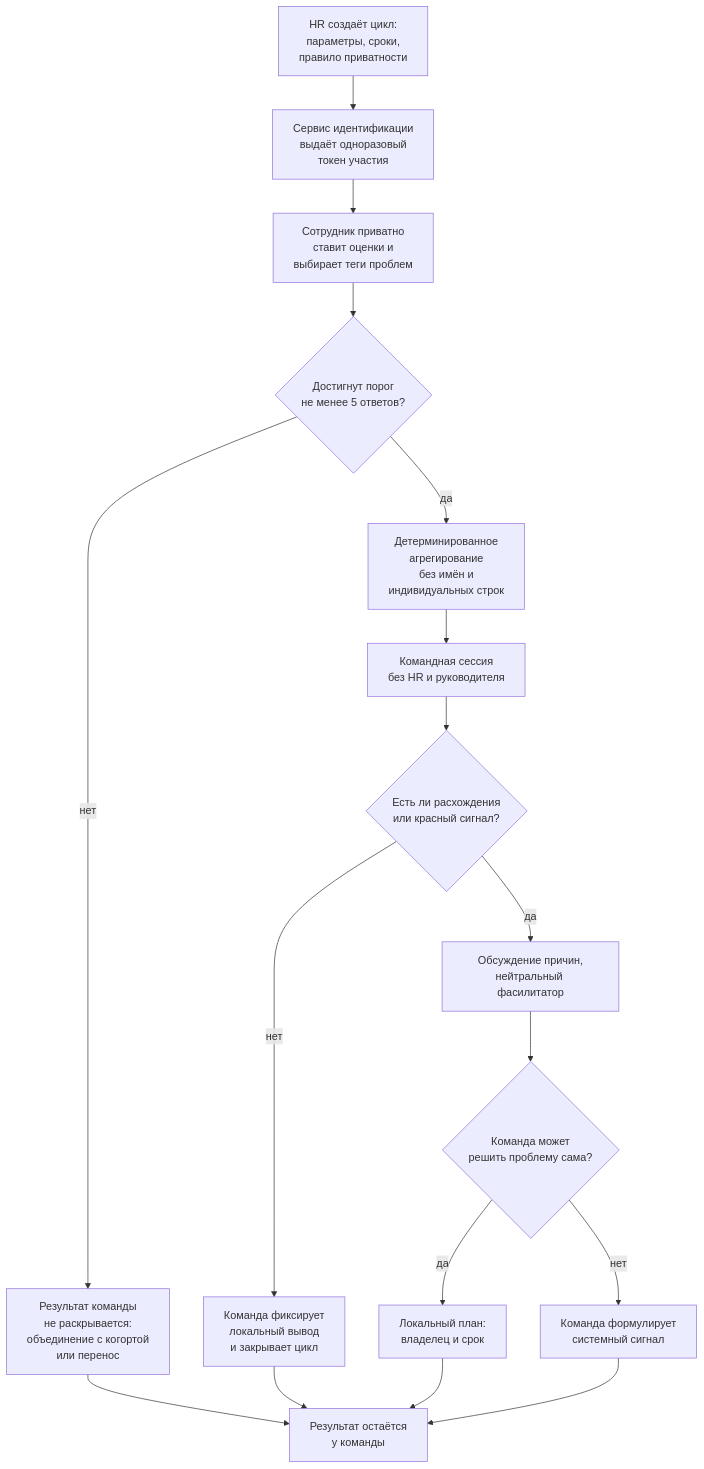
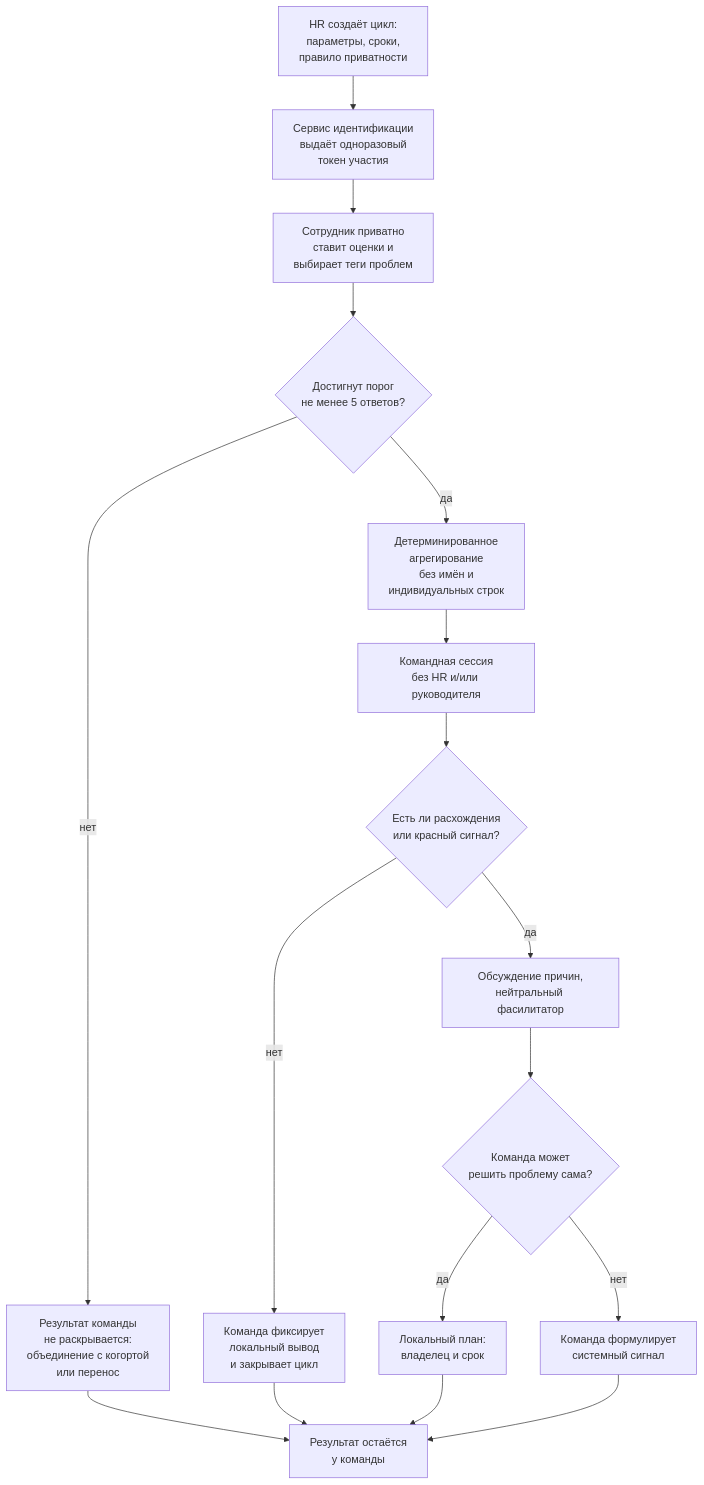
The first of 3 diagrams in docs/03_tobe_architecture.md (CarabasBarabas/team-other-03), drawn with Mermaid before and after one commit.

````diff
--- a/docs/03_tobe_architecture.md
+++ b/docs/03_tobe_architecture.md
@@ -19,19 +19,19 @@
 ```mermaid
 flowchart TD
     A["HR создаёт цикл:<br/>параметры, сроки,<br/>правило приватности"] --> B["Сервис идентификации<br/>выдаёт одноразовый<br/>токен участия"]
     B --> C["Сотрудник приватно<br/>ставит оценки и<br/>выбирает теги проблем"]
     C --> D{"Достигнут порог<br/>не менее 5 ответов?"}
     D -->|"нет"| D1["Результат команды<br/>не раскрывается:<br/>объединение с когортой<br/>или перенос"]
     D -->|"да"| E["Детерминированное<br/>агрегирование<br/>без имён и<br/>индивидуальных строк"]
-    E --> F["Командная сессия<br/>без HR и руководителя"]
+    E --> F["Командная сессия<br/>без HR и/или руководителя"]
     F --> G{"Есть ли расхождения<br/>или красный сигнал?"}
     G -->|"нет"| G1["Команда фиксирует<br/>локальный вывод<br/>и закрывает цикл"]
     G -->|"да"| H["Обсуждение причин,<br/>нейтральный фасилитатор"]
     H --> I{"Команда может<br/>решить проблему сама?"}
     I -->|"да"| I1["Локальный план:<br/>владелец и срок"]
     I -->|"нет"| I2["Команда формулирует<br/>системный сигнал"]
     D1 --> Z["Результат остаётся<br/>у команды"]
     G1 --> Z
     I1 --> Z
     I2 --> Z
 ```
````
